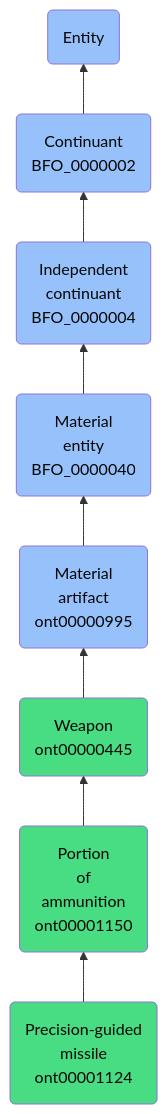
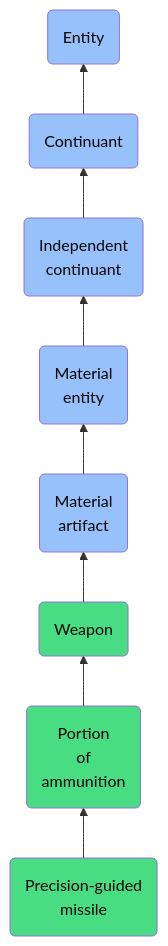
The diagram in docs/ontology/reference/model/Entity/Continuant/Independent continuant/Material entity/Material artifact/Weapon/Portion of ammunition/Precision-guided missile/Precision-guided missile.md (jupyter-naas/abi), drawn with Mermaid before and after one commit. The commit also changed other lines of this file and 1430 other files, not shown here.

````diff
--- a/docs/ontology/reference/model/Entity/Continuant/Independent continuant/Material entity/Material artifact/Weapon/Portion of ammunition/Precision-guided missile/Precision-guided missile.md
+++ b/docs/ontology/reference/model/Entity/Continuant/Independent continuant/Material entity/Material artifact/Weapon/Portion of ammunition/Precision-guided missile/Precision-guided missile.md
@@ -24,15 +24,15 @@
 ```mermaid
 graph BT
-    ont00001124(Precision-guided<br>missile<br>ont00001124):::ABI-->ont00001150
-    ont00001150(Portion<br>of<br>ammunition<br>ont00001150):::ABI-->ont00000445
-    ont00000445(Weapon<br>ont00000445):::ABI-->ont00000995
-    ont00000995(Material<br>artifact<br>ont00000995):::BFO-->BFO_0000040
-    BFO_0000040(Material<br>entity<br>BFO_0000040):::BFO-->BFO_0000004
-    BFO_0000004(Independent<br>continuant<br>BFO_0000004):::BFO-->BFO_0000002
-    BFO_0000002(Continuant<br>BFO_0000002):::BFO-->BFO_0000001
+    ont00001124(Precision-guided<br>missile):::ABI-->ont00001150
+    ont00001150(Portion<br>of<br>ammunition):::ABI-->ont00000445
+    ont00000445(Weapon):::ABI-->ont00000995
+    ont00000995(Material<br>artifact):::BFO-->BFO_0000040
+    BFO_0000040(Material<br>entity):::BFO-->BFO_0000004
+    BFO_0000004(Independent<br>continuant):::BFO-->BFO_0000002
+    BFO_0000002(Continuant):::BFO-->BFO_0000001
     BFO_0000001(Entity):::BFO
     
     classDef BFO fill:#97c1fb,color:#060606
     classDef CCO fill:#e4c51e,color:#060606
     classDef ABI fill:#48DD82,color:#060606
 ```
````
